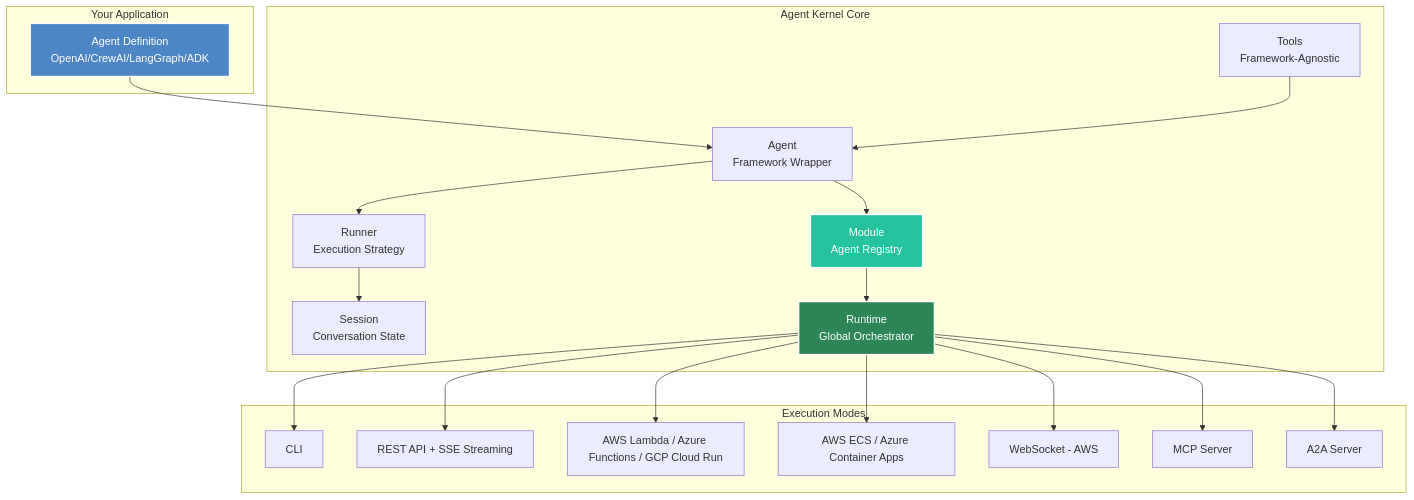
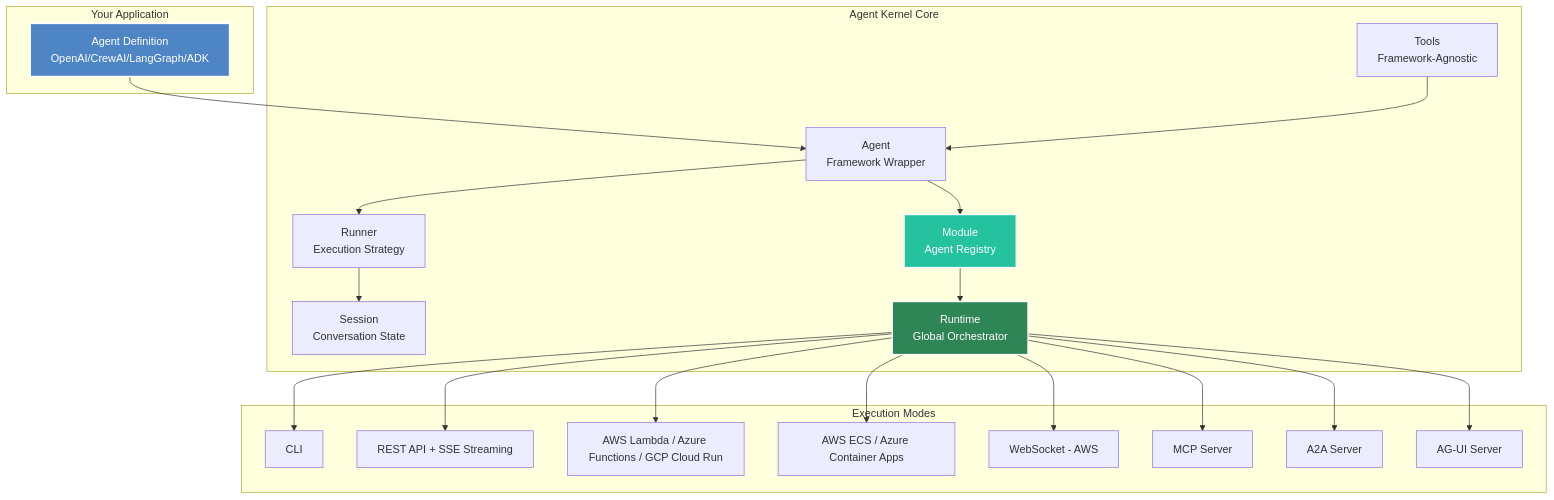
One commit to yaalalabs/agent-kernel changed the first of 4 diagrams in docs/docs/core-concepts/overview.md. Above: the diagram before and after it, drawn with Mermaid. The commit also changed other lines of this file and 10 other files, not shown here.

````diff
--- a/docs/docs/core-concepts/overview.md
+++ b/docs/docs/core-concepts/overview.md
@@ -11,43 +11,45 @@
 ```mermaid
 graph TB
     subgraph "Your Application"
         A[Agent Definition<br/>OpenAI/CrewAI/LangGraph/ADK]
     end
     
     subgraph "Agent Kernel Core"
         B[Agent<br/>Framework Wrapper]
         T[Tools<br/>Framework-Agnostic]
         C[Runner<br/>Execution Strategy]
         D[Session<br/>Conversation State]
         E[Module<br/>Agent Registry]
         F[Runtime<br/>Global Orchestrator]
     end
     
     subgraph "Execution Modes"
         G[CLI]
         H[REST API + SSE Streaming]
         I[AWS Lambda / Azure Functions / GCP Cloud Run]
         J[AWS ECS / Azure Container Apps]
         W[WebSocket - AWS]
         K[MCP Server]
         L[A2A Server]
+        M[AG-UI Server]
     end
     
     A --> B
     T --> B
     B --> C
     C --> D
     E --> F
     B --> E
     F --> G
     F --> H
     F --> I
     F --> J
     F --> W
     F --> K
     F --> L
+    F --> M
     
     style A fill:#4e85c5,stroke:#fff,stroke-width:2px,color:#fff
     style F fill:#2e8555,stroke:#fff,stroke-width:2px,color:#fff
     style E fill:#25c2a0,stroke:#fff,stroke-width:2px,color:#fff
 ```
````
